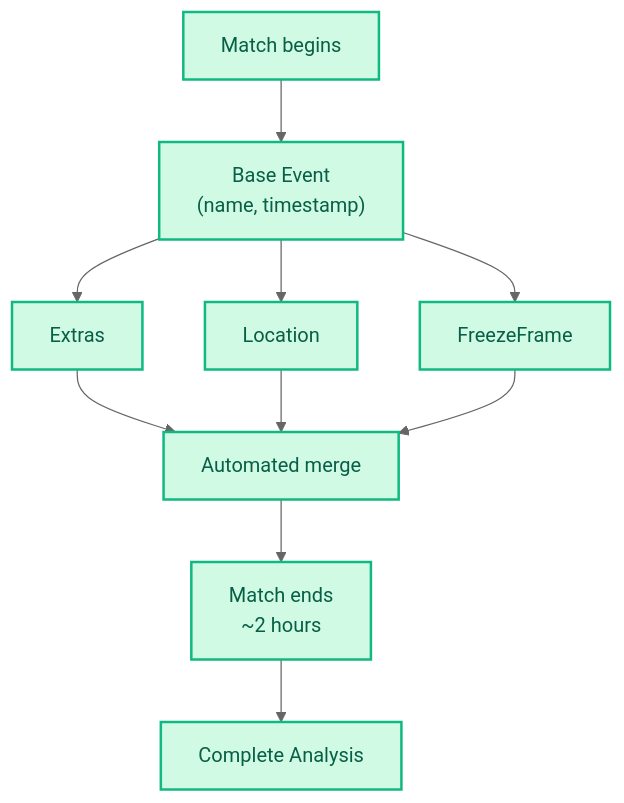
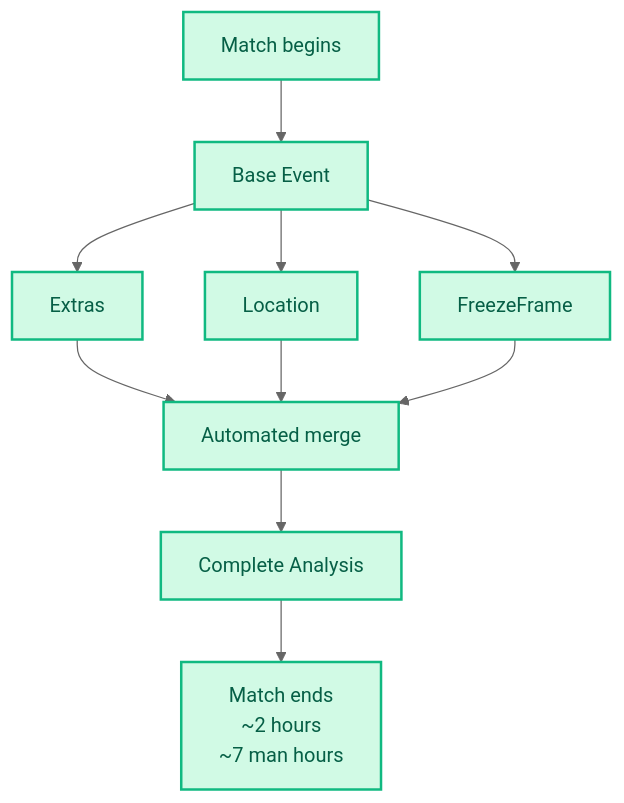
Before and after one commit to saadshahd/saadshahd.github.io: the second of 2 diagrams in src/pages/portfolio/statsbomb.mdx, drawn with Mermaid (neutral theme). The commit also changed other lines of this file, not shown here.

````diff
--- a/src/pages/portfolio/statsbomb.mdx
+++ b/src/pages/portfolio/statsbomb.mdx
@@ -203,17 +205,16 @@
 ```mermaid
 graph TD
-    Start["Match begins"] --> Base["Base Event
-    (name, timestamp)"]
+    Start["Match begins"] --> Base["Base Event"]
     Base --> E1["Extras"]
     Base --> E2["Location"]
     Base --> E3["FreezeFrame"]
     E1 --> M["Automated merge"]
     E2 --> M
     E3 --> M
-    M --> N["Match ends
-    ~2 hours"]
-    N --> O["Complete Analysis"]
-
+    M --> N["Complete Analysis"]
+    N --> O["Match ends
+    ~2 hours
+    ~7 man hours"]
     classDef success fill:#D1FAE5,stroke:#10B981,stroke-width:2px,color:#065F46
     class Start,Base,E1,E2,E3,M,N,O success
 ```
````
